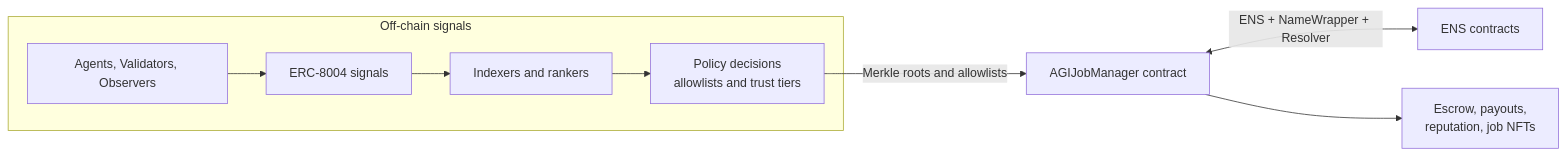
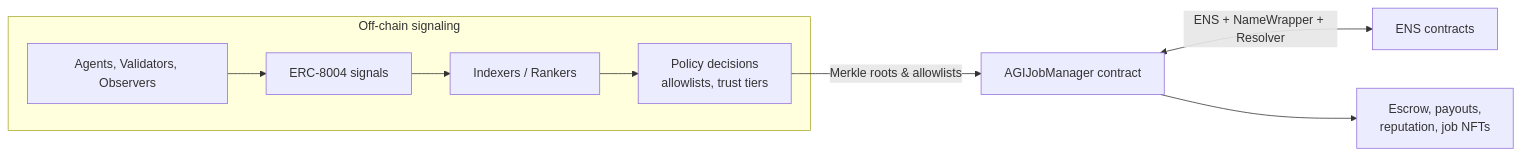
The second of 2 diagrams in README.md (MontrealAI/AGIJobManager), drawn with Mermaid before and after one commit. The commit also changed other lines of this file and 7 other files, not shown here.

````diff
--- a/README.md
+++ b/README.md
@@ -87,12 +65,12 @@
 ```mermaid
 flowchart LR
-    subgraph Off-chain signals
+    subgraph Off-chain signaling
         A[Agents, Validators, Observers] --> B[ERC-8004 signals]
-        B --> C[Indexers and rankers]
-        C --> D[Policy decisions<br/>allowlists and trust tiers]
+        B --> C[Indexers / Rankers]
+        C --> D[Policy decisions<br/>allowlists, trust tiers]
     end
 
-    D -->|Merkle roots and allowlists| E[AGIJobManager contract]
+    D -->|Merkle roots & allowlists| E[AGIJobManager contract]
     E <-->|ENS + NameWrapper + Resolver| F[ENS contracts]
     E --> G[Escrow, payouts,<br/>reputation, job NFTs]
 ```
````
